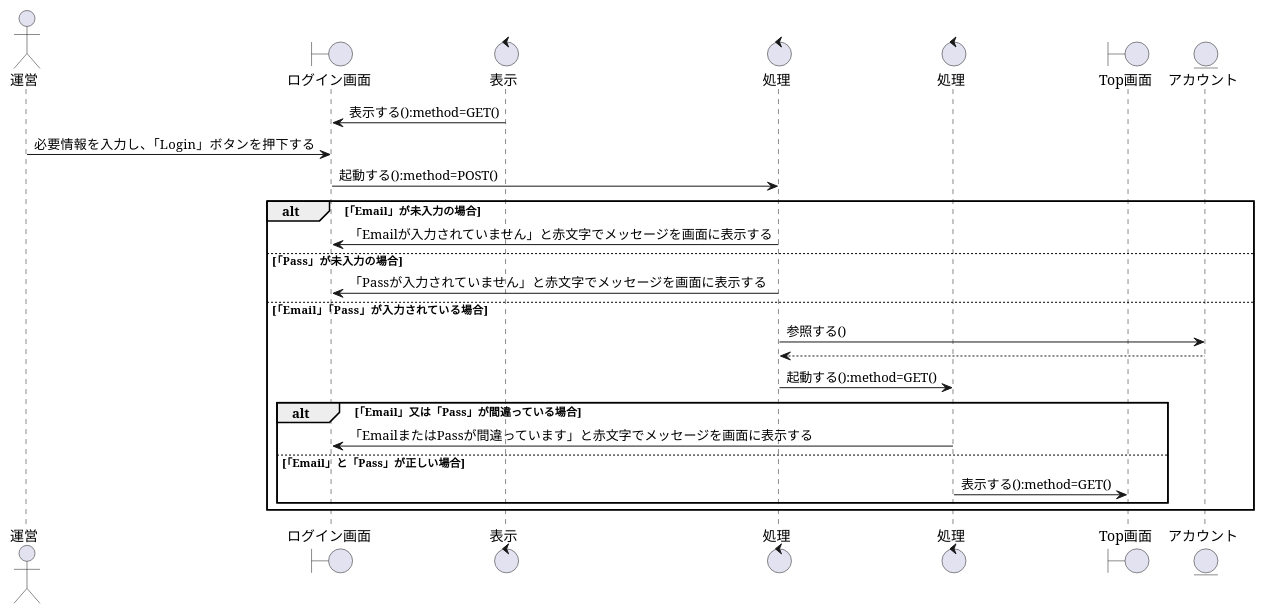
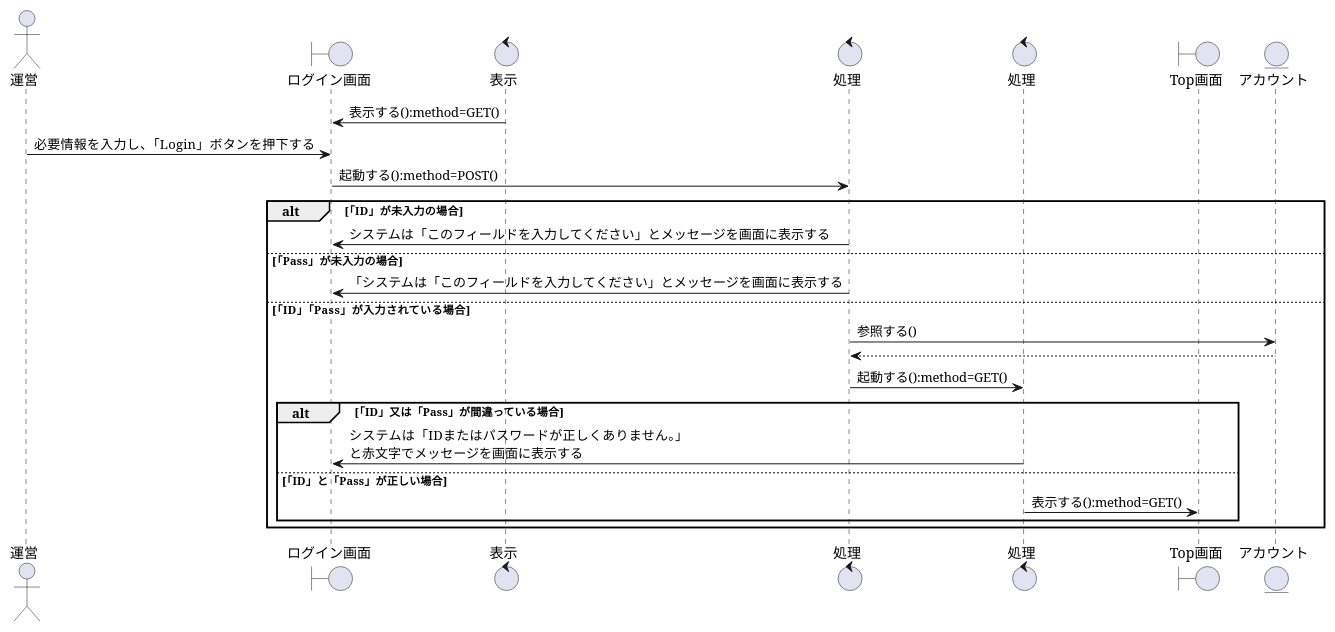
Before and after one commit to K-Rinrin/GroupE: the diagram in お城/お城/設計書/シーケンス図/運営/アカウント機能/シーケンス図_運営がログインをする.pu, drawn with PlantUML. The commit also changed 11 other files, not shown here.

```diff
--- a/お城/お城/設計書/シーケンス図/運営/アカウント機能/シーケンス図_運営がログインをする.pu
+++ b/お城/お城/設計書/シーケンス図/運営/アカウント機能/シーケンス図_運営がログインをする.pu
@@ -1,37 +1,37 @@
 @startuml 運営がログインをする
 
 
 ' ========================================
 ' 登場モノの定義
 ' ========================================
 actor "運営" as User
 boundary "ログイン画面" as b1
 control "表示" as c1
 control "処理" as c2
 control "処理" as c3
 boundary "Top画面" as b2
 entity "アカウント" as e1
 
 ' ========================================
 ' シーケンスの流れ
 ' ========================================
 
 c1 -> b1 : 表示する():method=GET()
 User -> b1 : 必要情報を入力し、「Login」ボタンを押下する
 b1 -> c2 : 起動する():method=POST()
-alt 「Email」が未入力の場合
-    c2 -> b1 : 「Emailが入力されていません」と赤文字でメッセージを画面に表示する
+alt 「ID」が未入力の場合
+    c2 -> b1 : システムは「このフィールドを入力してください」とメッセージを画面に表示する
 else 「Pass」が未入力の場合
-    c2 -> b1 : 「Passが入力されていません」と赤文字でメッセージを画面に表示する
-else 「Email」「Pass」が入力されている場合
+    c2 -> b1 : 「システムは「このフィールドを入力してください」とメッセージを画面に表示する
+else 「ID」「Pass」が入力されている場合
     c2 -> e1 : 参照する()
     e1 --> c2 : 
     c2 -> c3 : 起動する():method=GET()
-    alt 「Email」又は「Pass」が間違っている場合
-        c3 -> b1 :「EmailまたはPassが間違っています」と赤文字でメッセージを画面に表示する
-    else 「Email」と「Pass」が正しい場合
+    alt 「ID」又は「Pass」が間違っている場合
+        c3 -> b1 :システムは「IDまたはパスワードが正しくありません。」\nと赤文字でメッセージを画面に表示する
+    else 「ID」と「Pass」が正しい場合
         c3 -> b2 : 表示する():method=GET()
     end
 end
 
 @enduml
```
